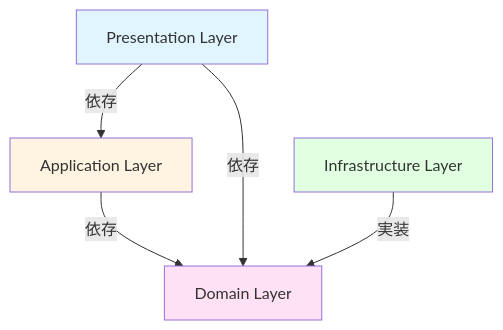
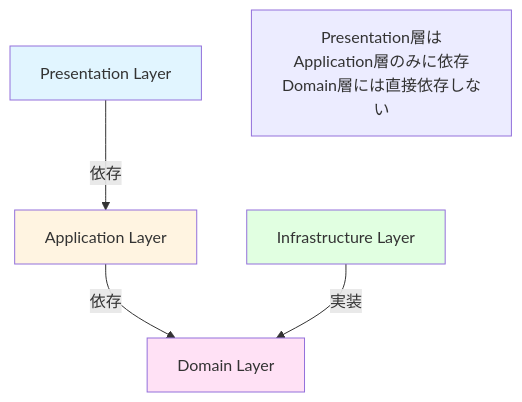
Before and after one commit to kencom2400/account-book: the fifth of 6 diagrams in docs/detailed-design/FR-012_credit-card-monthly-aggregation/class-diagrams.md, drawn with Mermaid. The commit also changed other lines of this file and 2 other files, not shown here.

````diff
--- a/docs/detailed-design/FR-012_credit-card-monthly-aggregation/class-diagrams.md
+++ b/docs/detailed-design/FR-012_credit-card-monthly-aggregation/class-diagrams.md
@@ -322,12 +322,13 @@
 ```mermaid
 graph TD
     A[Presentation Layer] -->|依存| B[Application Layer]
     B -->|依存| C[Domain Layer]
-    A -->|依存| C
     D[Infrastructure Layer] -->|実装| C
 
     style A fill:#e1f5ff
     style B fill:#fff4e1
     style C fill:#ffe1f5
     style D fill:#e1ffe1
+
+    Note1[Presentation層はApplication層のみに依存<br/>Domain層には直接依存しない]
 ```
````
